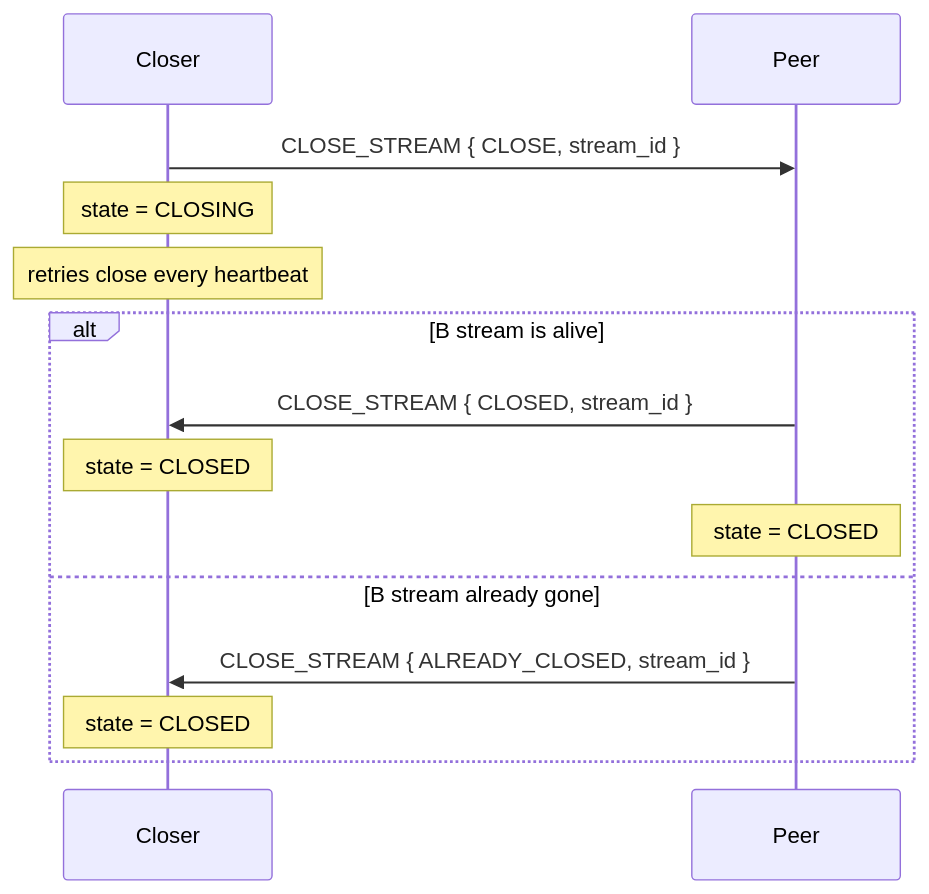
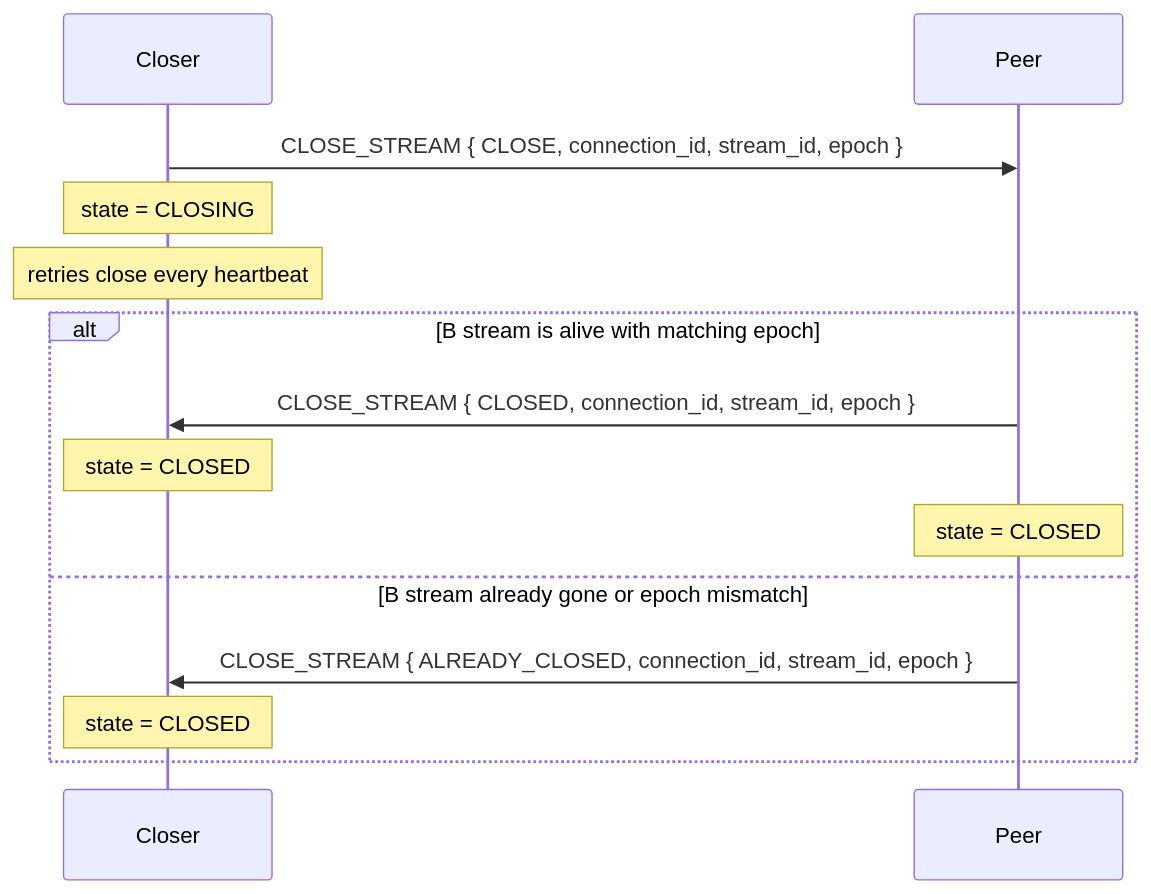
One commit to ScorpioOrganization/scorpio_utils changed the seventh of 7 diagrams in SCORPIO_UDP_PROTOCOL.md. Above: the diagram before and after it, drawn with Mermaid. The commit also changed other lines of this file and 10 other files, not shown here.

Commit message:
Feature/stream epoch (#13)

````diff
--- a/SCORPIO_UDP_PROTOCOL.md
+++ b/SCORPIO_UDP_PROTOCOL.md
@@ -315,18 +375,18 @@
 ```mermaid
 sequenceDiagram
     participant A as Closer
     participant B as Peer
 
-    A->>B: CLOSE_STREAM { CLOSE, stream_id }
+    A->>B: CLOSE_STREAM { CLOSE, connection_id, stream_id, epoch }
     Note over A: state = CLOSING
     Note over A: retries close every heartbeat
 
-    alt B stream is alive
-        B->>A: CLOSE_STREAM { CLOSED, stream_id }
+    alt B stream is alive with matching epoch
+        B->>A: CLOSE_STREAM { CLOSED, connection_id, stream_id, epoch }
         Note over A: state = CLOSED
         Note over B: state = CLOSED
-    else B stream already gone
-        B->>A: CLOSE_STREAM { ALREADY_CLOSED, stream_id }
+    else B stream already gone or epoch mismatch
+        B->>A: CLOSE_STREAM { ALREADY_CLOSED, connection_id, stream_id, epoch }
         Note over A: state = CLOSED
     end
 ```
````
